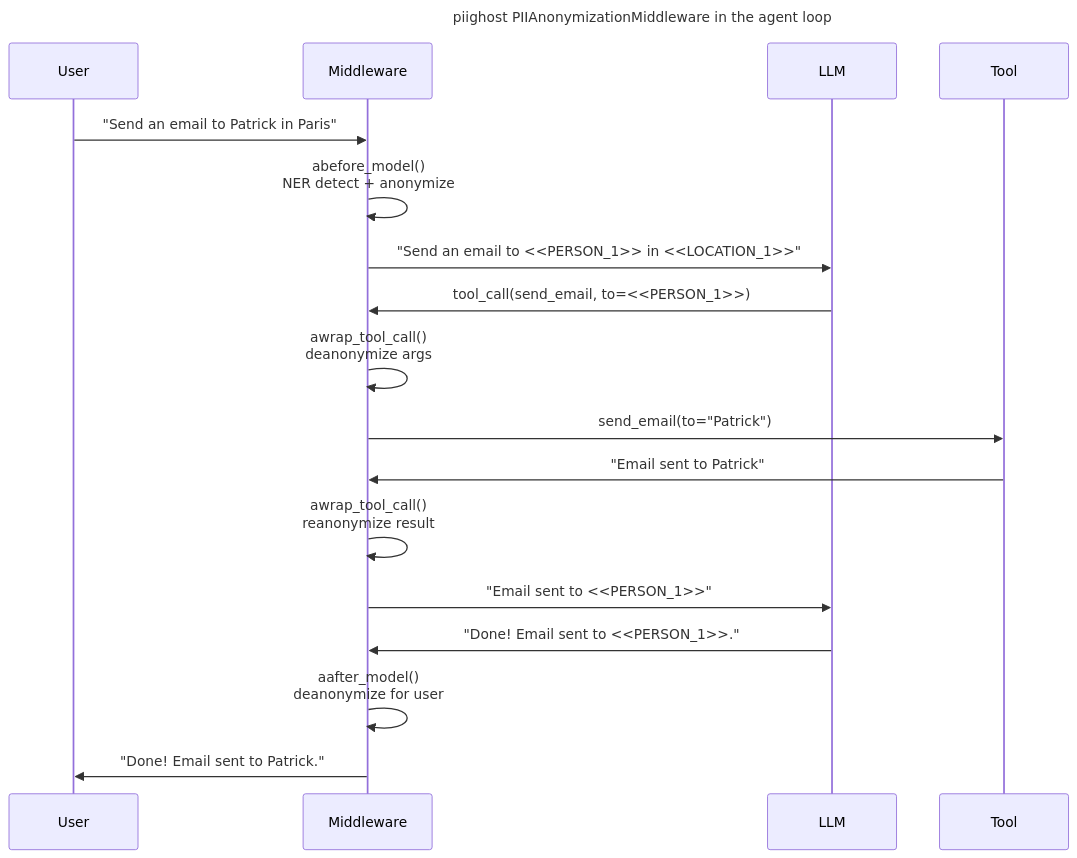
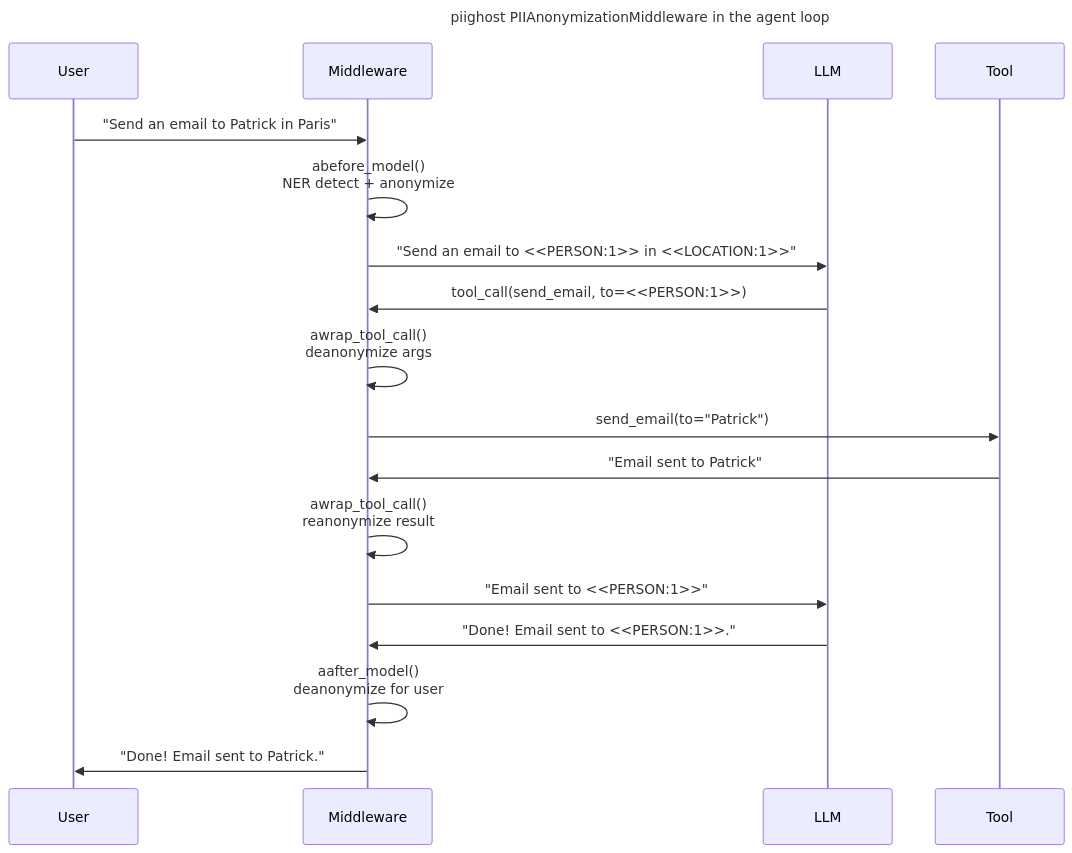
The third of 4 diagrams in docs/en/architecture.md (Athroniaeth/piighost), drawn with Mermaid before and after one commit. The commit also changed other lines of this file and 66 other files, not shown here.

````diff
--- a/docs/en/architecture.md
+++ b/docs/en/architecture.md
@@ -170,23 +170,23 @@
 ```mermaid
 ---
 title: "piighost PIIAnonymizationMiddleware in the agent loop"
 ---
 sequenceDiagram
     participant U as User
     participant M as Middleware
     participant L as LLM
     participant T as Tool
 
     U->>M: "Send an email to Patrick in Paris"
     M->>M: abefore_model()<br/>NER detect + anonymize
-    M->>L: "Send an email to <<PERSON_1>> in <<LOCATION_1>>"
-    L->>M: tool_call(send_email, to=<<PERSON_1>>)
+    M->>L: "Send an email to <<PERSON:1>> in <<LOCATION:1>>"
+    L->>M: tool_call(send_email, to=<<PERSON:1>>)
     M->>M: awrap_tool_call()<br/>deanonymize args
     M->>T: send_email(to="Patrick")
     T->>M: "Email sent to Patrick"
     M->>M: awrap_tool_call()<br/>reanonymize result
-    M->>L: "Email sent to <<PERSON_1>>"
-    L->>M: "Done! Email sent to <<PERSON_1>>."
+    M->>L: "Email sent to <<PERSON:1>>"
+    L->>M: "Done! Email sent to <<PERSON:1>>."
     M->>M: aafter_model()<br/>deanonymize for user
     M->>U: "Done! Email sent to Patrick."
 ```
````
